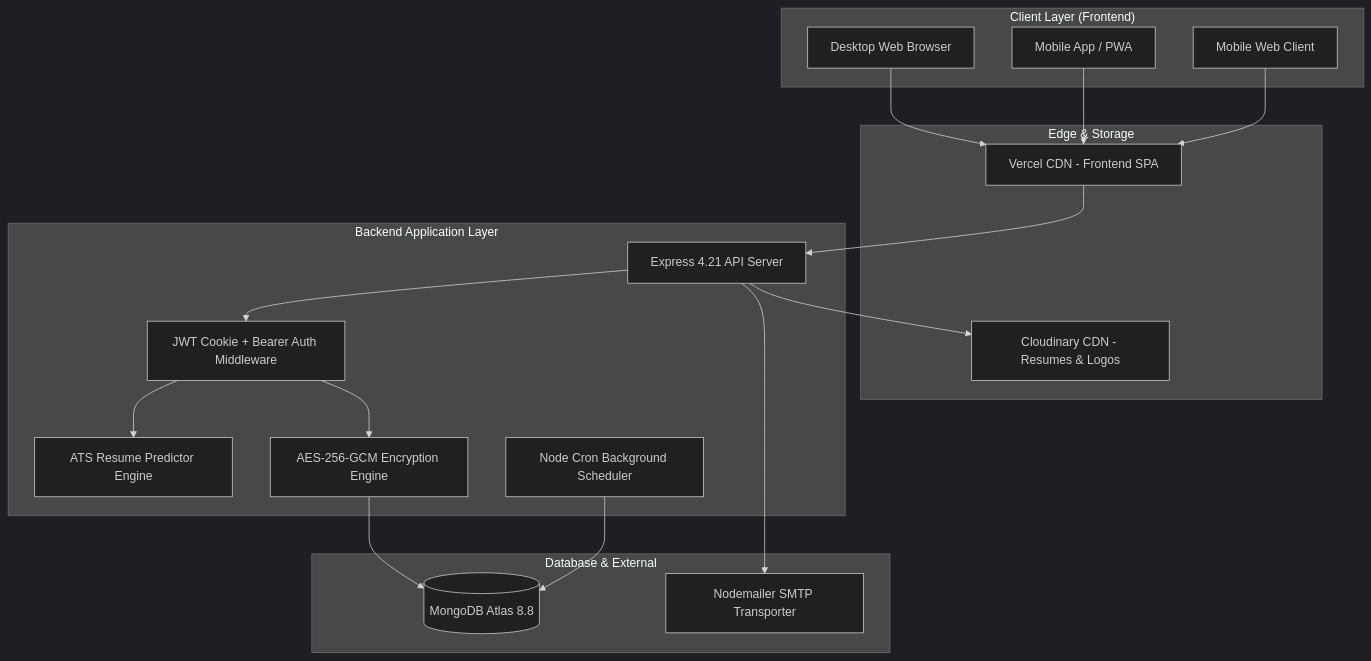
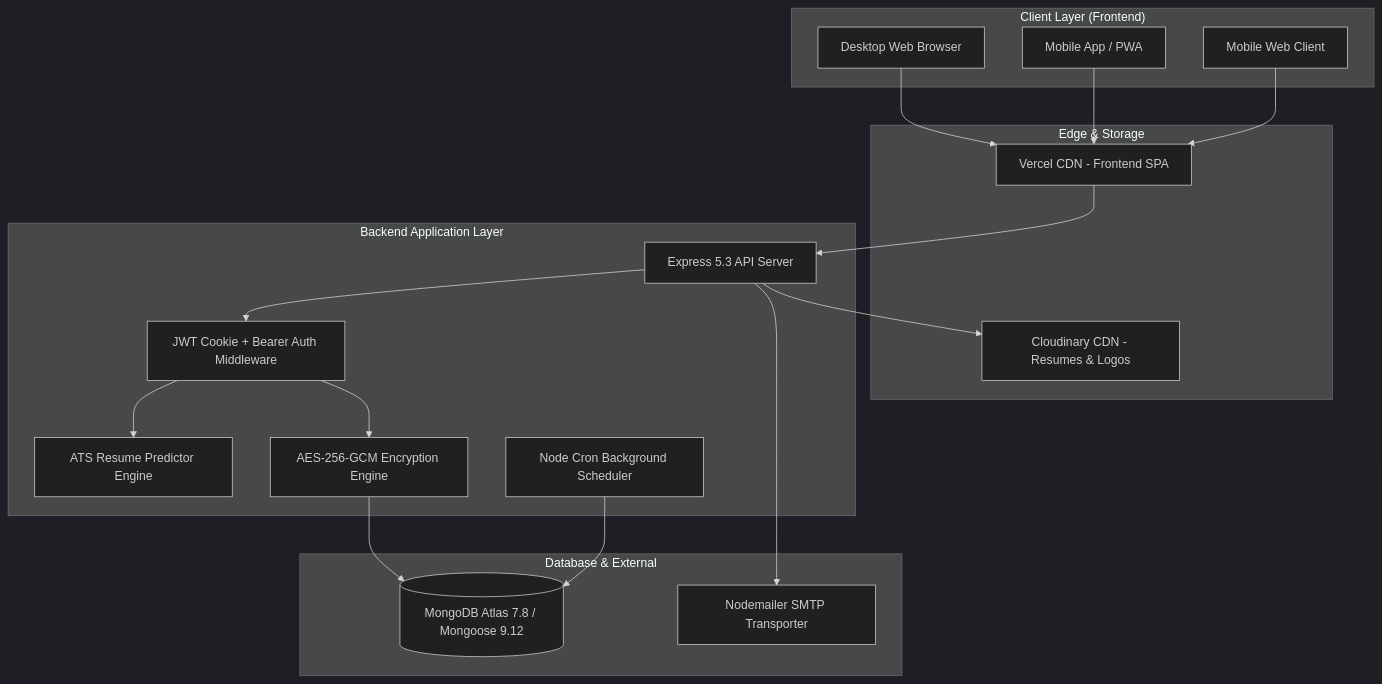
One commit to Jashan-randhawa/FOREWORK changed the diagram in wiki/Home.md. Above: the diagram before and after it, drawn with Mermaid (dark theme). The commit also changed 2 other files, not shown here.

Commit message:
docs(wiki): update system architecture diagrams and tech stack references

````diff
--- a/wiki/Home.md
+++ b/wiki/Home.md
@@ -42,38 +42,38 @@
 ```mermaid
 flowchart TD
     subgraph Clients["Client Layer (Frontend)"]
         Web[Desktop Web Browser]
         PWA[Mobile App / PWA]
         MobileWeb[Mobile Web Client]
     end
 
     subgraph CDN["Edge & Storage"]
         Vercel[Vercel CDN - Frontend SPA]
         Cloudinary[Cloudinary CDN - Resumes & Logos]
     end
 
     subgraph Core["Backend Application Layer"]
-        API[Express 4.21 API Server]
+        API[Express 5.3 API Server]
         AuthGuard[JWT Cookie + Bearer Auth Middleware]
         ATS[ATS Resume Predictor Engine]
         Crypto[AES-256-GCM Encryption Engine]
         Scheduler[Node Cron Background Scheduler]
     end
 
     subgraph Data["Database & External"]
-        Mongo[(MongoDB Atlas 8.8)]
+        Mongo[(MongoDB Atlas 7.8 / Mongoose 9.12)]
         Mail[Nodemailer SMTP Transporter]
     end
 
     Web --> Vercel
     PWA --> Vercel
     MobileWeb --> Vercel
     Vercel --> API
     API --> AuthGuard
     AuthGuard --> ATS
     AuthGuard --> Crypto
     Crypto --> Mongo
     API --> Cloudinary
     API --> Mail
     Scheduler --> Mongo
 ```
````
